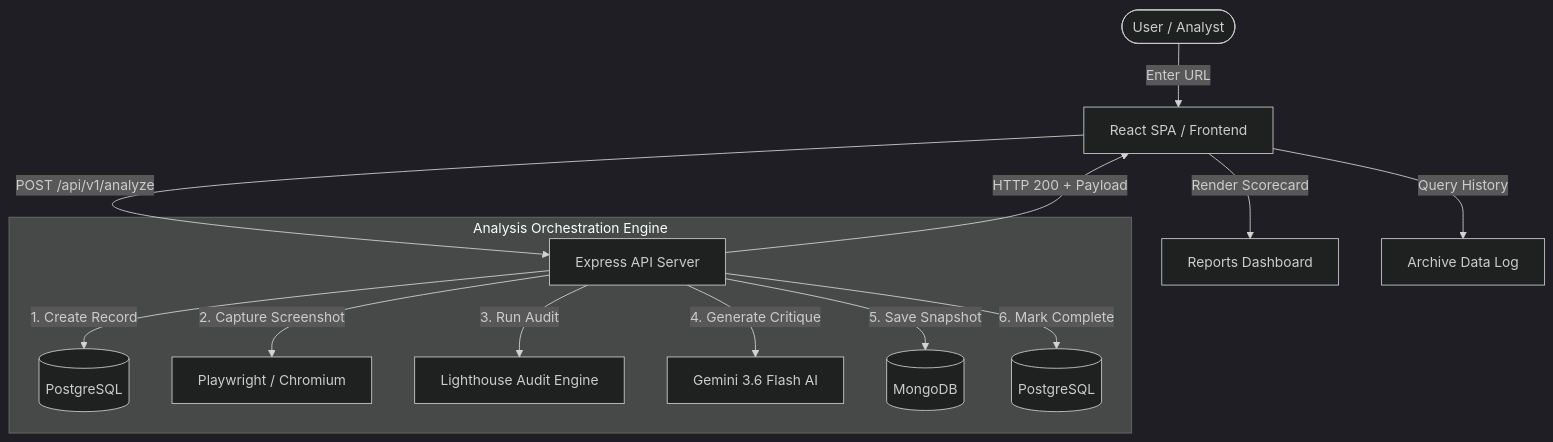
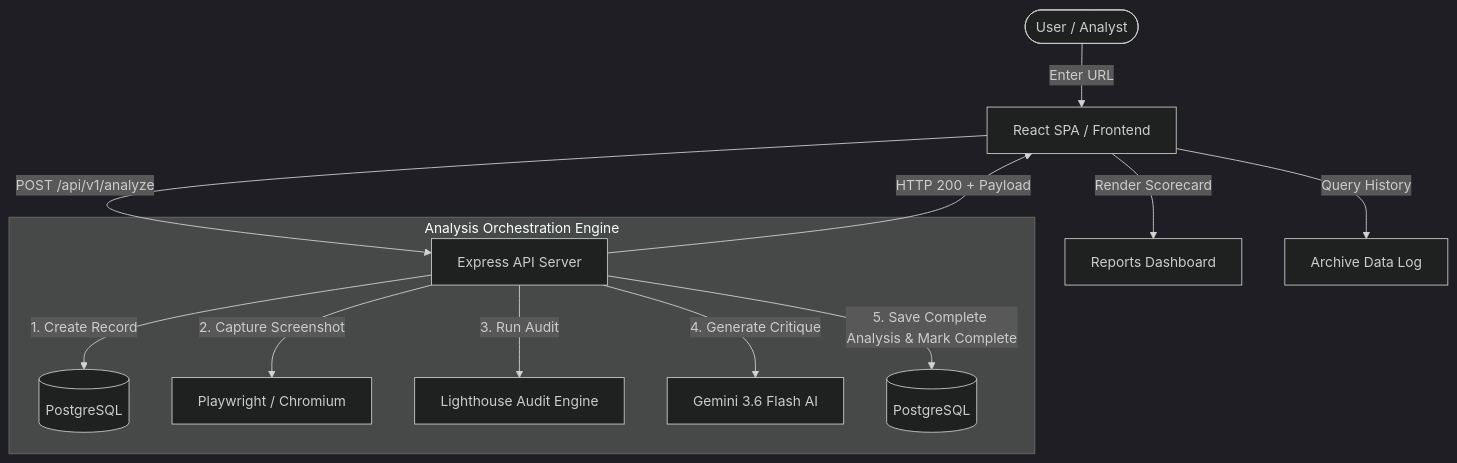
The first of 4 diagrams in README.md (PrithviDRajvanshi/UIVerdict.), drawn with Mermaid (dark theme) before and after one commit. The commit also changed other lines of this file and 45 other files, not shown here.

Commit message:
feat: migrate persistence to PostgreSQL and harden analysis pipeline

````diff
--- a/README.md
+++ b/README.md
@@ -60,18 +60,17 @@
 ```mermaid
 flowchart TD
     User([User / Analyst]) -->|Enter URL| SPA[React SPA / Frontend]
     SPA -->|POST /api/v1/analyze| API[Express API Server]
     
     subgraph Pipeline [Analysis Orchestration Engine]
         API -->|1. Create Record| PG1[(PostgreSQL)]
         API -->|2. Capture Screenshot| PW[Playwright / Chromium]
         API -->|3. Run Audit| LH[Lighthouse Audit Engine]
         API -->|4. Generate Critique| AI[Gemini 3.6 Flash AI]
-        API -->|5. Save Snapshot| MG[(MongoDB)]
-        API -->|6. Mark Complete| PG2[(PostgreSQL)]
+        API -->|5. Save Complete Analysis & Mark Complete| PG2[(PostgreSQL)]
     end
     
     API -->|HTTP 200 + Payload| SPA
     SPA -->|Render Scorecard| Report[Reports Dashboard]
     SPA -->|Query History| Archive[Archive Data Log]
 ```
````
